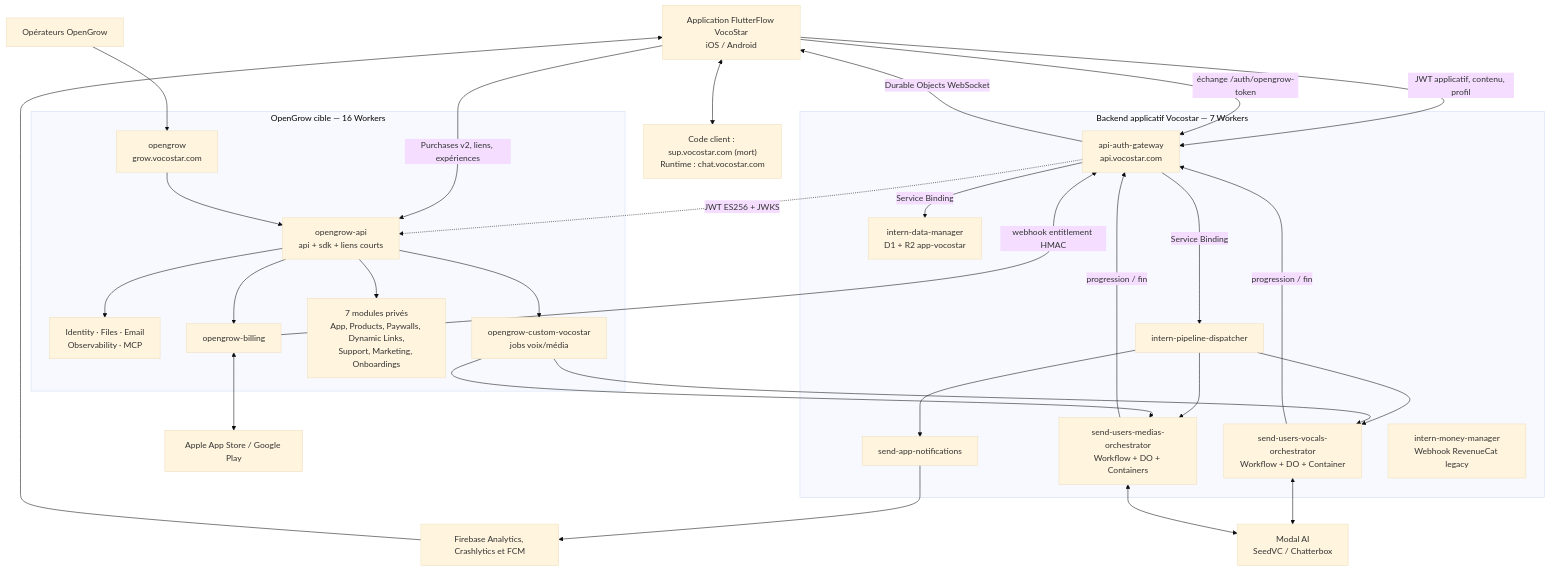
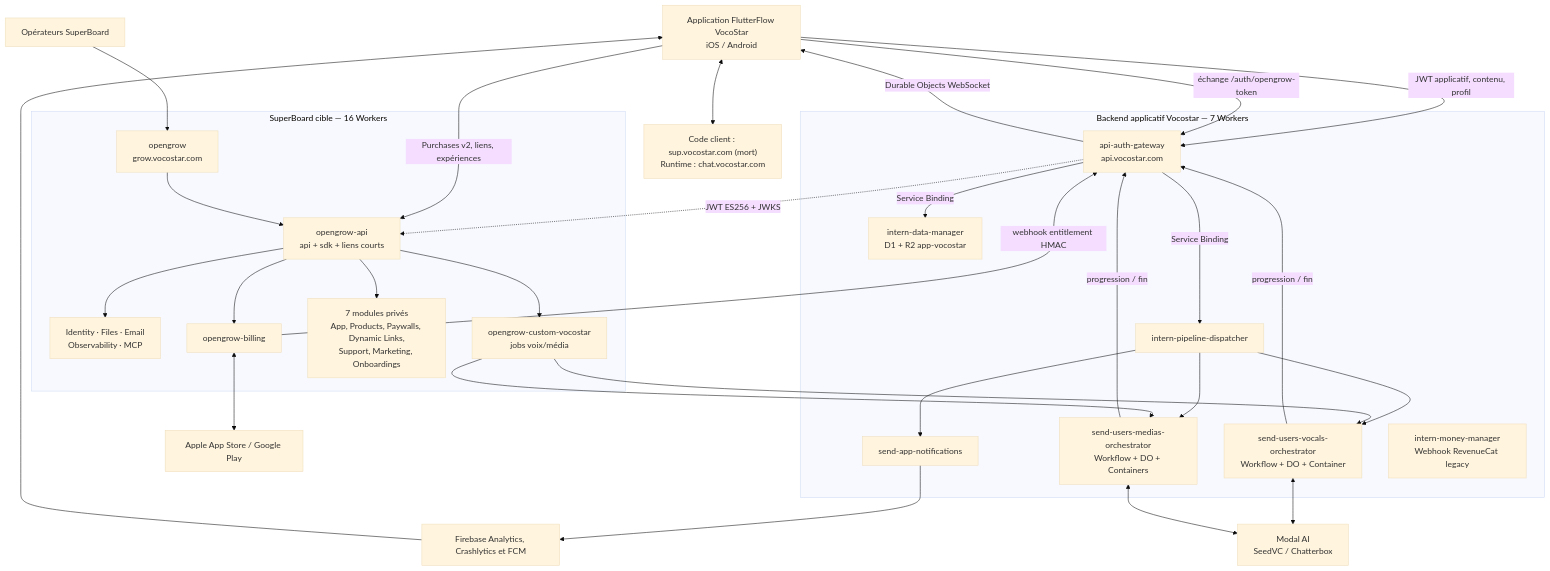
Before and after one commit to mabzadev/superboard: the first of 4 diagrams in docs/VOCOSTAR_CLOUDFLARE_ARCHITECTURE.md, drawn with Mermaid (base theme). The commit also changed other lines of this file and 528 other files, not shown here.

First line of the commit message:
feat: migrate OpenGrow platform to SuperBoard

````diff
--- a/docs/VOCOSTAR_CLOUDFLARE_ARCHITECTURE.md
+++ b/docs/VOCOSTAR_CLOUDFLARE_ARCHITECTURE.md
@@ -59,54 +59,54 @@
 ```mermaid
 flowchart TB
   mobile["Application FlutterFlow VocoStar<br/>iOS / Android"]
-  operators["Opérateurs OpenGrow"]
+  operators["Opérateurs SuperBoard"]
   stores["Apple App Store / Google Play"]
   firebase["Firebase Analytics, Crashlytics et FCM"]
   chatwoot["Code client : sup.vocostar.com (mort)<br/>Runtime : chat.vocostar.com"]
   modal["Modal AI<br/>SeedVC / Chatterbox"]
 
   subgraph core["Backend applicatif Vocostar — 7 Workers"]
     gateway["api-auth-gateway<br/>api.vocostar.com"]
     data["intern-data-manager<br/>D1 + R2 app-vocostar"]
     dispatcher["intern-pipeline-dispatcher"]
     vocals["send-users-vocals-orchestrator<br/>Workflow + DO + Container"]
     medias["send-users-medias-orchestrator<br/>Workflow + DO + Containers"]
     push["send-app-notifications"]
     legacyMoney["intern-money-manager<br/>Webhook RevenueCat legacy"]
   end
 
-  subgraph grow["OpenGrow cible — 16 Workers"]
+  subgraph grow["SuperBoard cible — 16 Workers"]
     dashboard["opengrow<br/>grow.vocostar.com"]
     api["opengrow-api<br/>api + sdk + liens courts"]
     shared["Identity · Files · Email<br/>Observability · MCP"]
     billing["opengrow-billing"]
     domains["7 modules privés<br/>App, Products, Paywalls, Dynamic Links,<br/>Support, Marketing, Onboardings"]
     custom["opengrow-custom-vocostar<br/>jobs voix/média"]
   end
 
   mobile -->|"JWT applicatif, contenu, profil"| gateway
   gateway -->|"Service Binding"| data
   gateway -->|"Service Binding"| dispatcher
   dispatcher --> vocals
   dispatcher --> medias
   dispatcher --> push --> firebase --> mobile
   vocals <--> modal
   medias <--> modal
   vocals -->|"progression / fin"| gateway
   medias -->|"progression / fin"| gateway
   gateway -->|"Durable Objects WebSocket"| mobile
   mobile <--> chatwoot
 
   mobile -->|"échange /auth/opengrow-token"| gateway
   gateway -.->|"JWT ES256 + JWKS"| api
   mobile -->|"Purchases v2, liens, expériences"| api
   api --> billing
   billing <--> stores
   api --> shared
   api --> domains
   api --> custom
   custom --> vocals
   custom --> medias
   billing -->|"webhook entitlement HMAC"| gateway
   operators --> dashboard --> api
 ```
````
